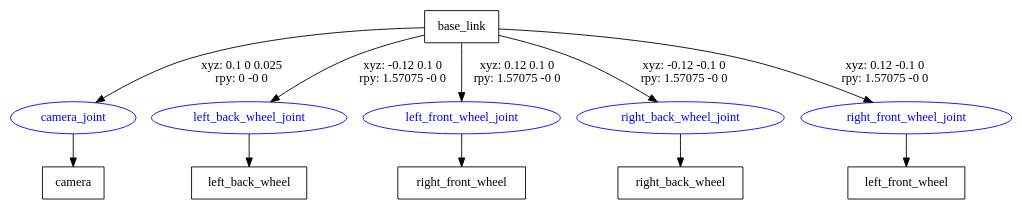
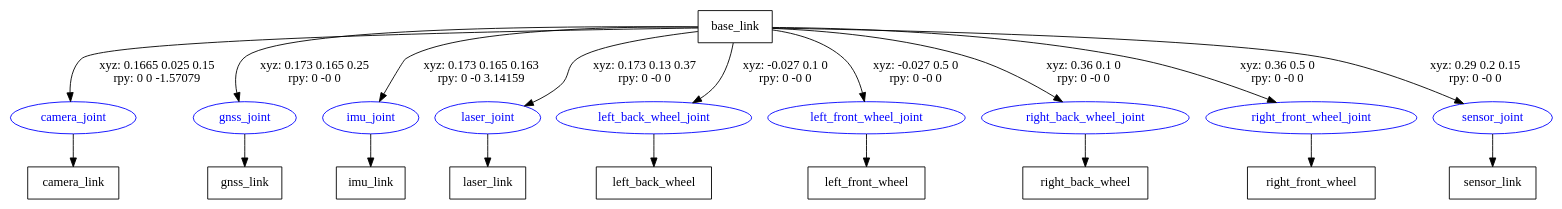
Before and after one commit to RuPingCen/mick_robot: the diagram in mickrobot_description/urdf/mickrobot.gv, drawn with Graphviz. The commit also changed 15 other files, not shown here.

```diff
--- a/mickrobot_description/urdf/mickrobot.gv
+++ b/mickrobot_description/urdf/mickrobot.gv
@@ -1,20 +1,32 @@
 digraph G {
 node [shape=box];
 "base_link" [label="base_link"];
-"camera" [label="camera"];
+"camera_link" [label="camera_link"];
+"gnss_link" [label="gnss_link"];
+"imu_link" [label="imu_link"];
+"laser_link" [label="laser_link"];
 "left_back_wheel" [label="left_back_wheel"];
+"left_front_wheel" [label="left_front_wheel"];
+"right_back_wheel" [label="right_back_wheel"];
 "right_front_wheel" [label="right_front_wheel"];
-"right_back_wheel" [label="right_back_wheel"];
-"left_front_wheel" [label="left_front_wheel"];
+"sensor_link" [label="sensor_link"];
 node [shape=ellipse, color=blue, fontcolor=blue];
-"base_link" -> "camera_joint" [label="xyz: 0.1 0 0.025 \nrpy: 0 -0 0"]
-"camera_joint" -> "camera"
-"base_link" -> "left_back_wheel_joint" [label="xyz: -0.12 0.1 0 \nrpy: 1.57075 -0 0"]
+"base_link" -> "camera_joint" [label="xyz: 0.1665 0.025 0.15 \nrpy: 0 0 -1.57079"]
+"camera_joint" -> "camera_link"
+"base_link" -> "gnss_joint" [label="xyz: 0.173 0.165 0.25 \nrpy: 0 -0 0"]
+"gnss_joint" -> "gnss_link"
+"base_link" -> "imu_joint" [label="xyz: 0.173 0.165 0.163 \nrpy: 0 -0 3.14159"]
+"imu_joint" -> "imu_link"
+"base_link" -> "laser_joint" [label="xyz: 0.173 0.13 0.37 \nrpy: 0 -0 0"]
+"laser_joint" -> "laser_link"
+"base_link" -> "left_back_wheel_joint" [label="xyz: -0.027 0.1 0 \nrpy: 0 -0 0"]
 "left_back_wheel_joint" -> "left_back_wheel"
-"base_link" -> "left_front_wheel_joint" [label="xyz: 0.12 0.1 0 \nrpy: 1.57075 -0 0"]
-"left_front_wheel_joint" -> "right_front_wheel"
-"base_link" -> "right_back_wheel_joint" [label="xyz: -0.12 -0.1 0 \nrpy: 1.57075 -0 0"]
+"base_link" -> "left_front_wheel_joint" [label="xyz: -0.027 0.5 0 \nrpy: 0 -0 0"]
+"left_front_wheel_joint" -> "left_front_wheel"
+"base_link" -> "right_back_wheel_joint" [label="xyz: 0.36 0.1 0 \nrpy: 0 -0 0"]
 "right_back_wheel_joint" -> "right_back_wheel"
-"base_link" -> "right_front_wheel_joint" [label="xyz: 0.12 -0.1 0 \nrpy: 1.57075 -0 0"]
-"right_front_wheel_joint" -> "left_front_wheel"
+"base_link" -> "right_front_wheel_joint" [label="xyz: 0.36 0.5 0 \nrpy: 0 -0 0"]
+"right_front_wheel_joint" -> "right_front_wheel"
+"base_link" -> "sensor_joint" [label="xyz: 0.29 0.2 0.15 \nrpy: 0 -0 0"]
+"sensor_joint" -> "sensor_link"
 }
```
